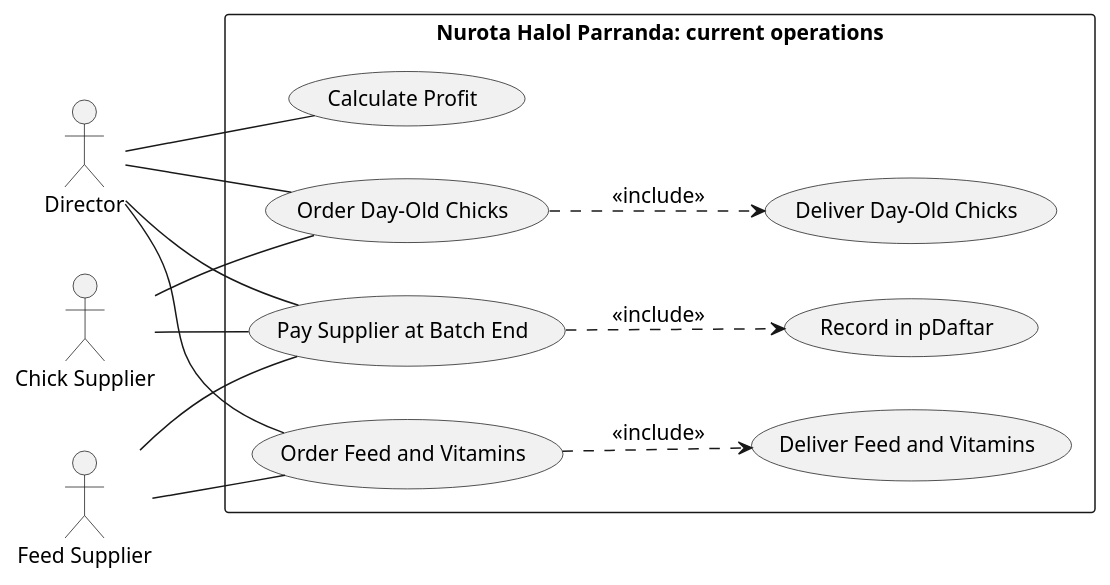
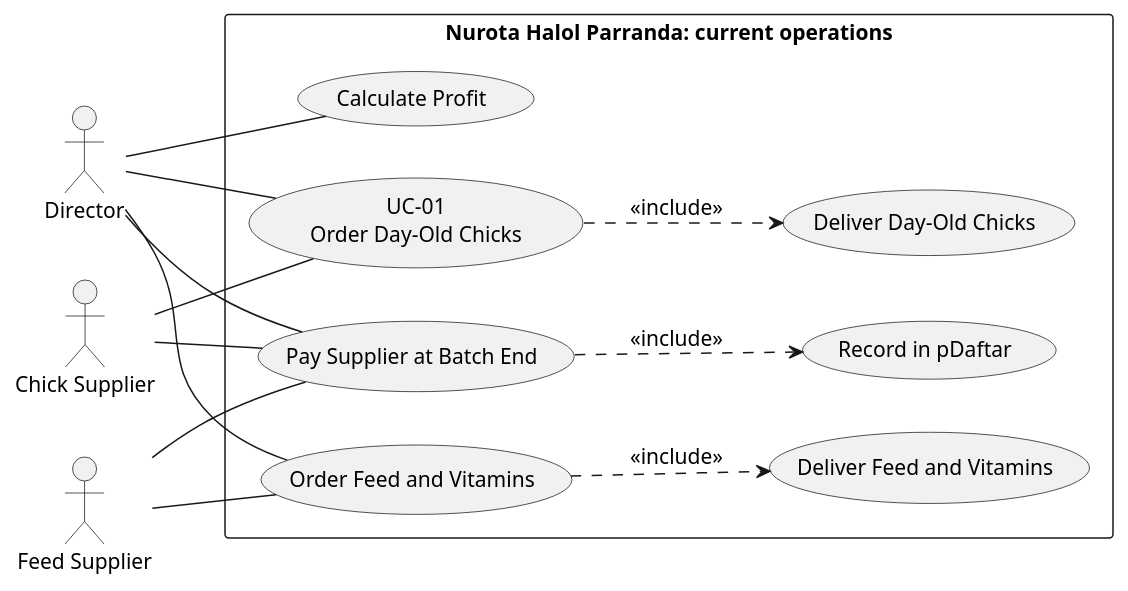
Before and after one commit to MuzaffarNurillaew/sad: the diagram in diagrams/use-case-procurement.puml, drawn with PlantUML. The commit also changed other lines of this file and 4 other files, not shown here.

First line of the commit message:
Trim use case diagram text and label tabled use cases

```diff
--- a/diagrams/use-case-procurement.puml
+++ b/diagrams/use-case-procurement.puml
@@ -9,30 +10,30 @@
 @startuml
 left to right direction
 skinparam packageStyle rectangle
 skinparam shadowing false
 skinparam defaultFontSize 14
 
 actor "Director" as DIR
 actor "Chick Supplier" as CSUP
 actor "Feed Supplier" as FSUP
 rectangle "Nurota Halol Parranda: current operations" {
-  usecase "Order Day-Old Chicks" as OC
+  usecase "UC-01\nOrder Day-Old Chicks" as OC
   usecase "Deliver Day-Old Chicks" as DC
   usecase "Order Feed and Vitamins" as OF
   usecase "Deliver Feed and Vitamins" as DF
   usecase "Pay Supplier at Batch End" as PY
   usecase "Calculate Profit" as CP
   usecase "Record in pDaftar" as PD
 }
 DIR -- OC
 DIR -- OF
 DIR -- PY
 DIR -- CP
 PY ..> PD : <<include>>
 OC ..> DC : <<include>>
 OF ..> DF : <<include>>
 CSUP -- OC
 CSUP -- PY
 FSUP -- OF
 FSUP -- PY
 @enduml
```
